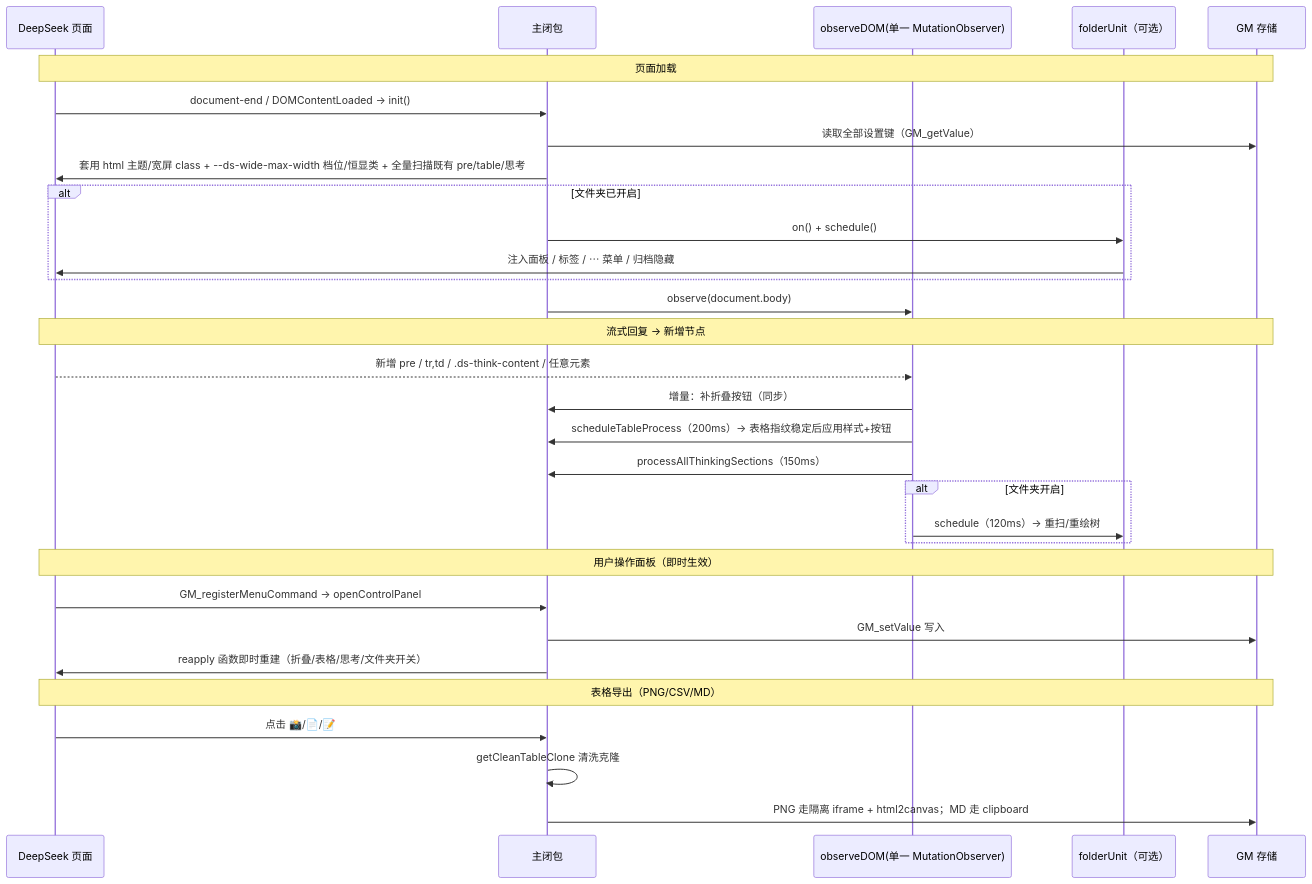
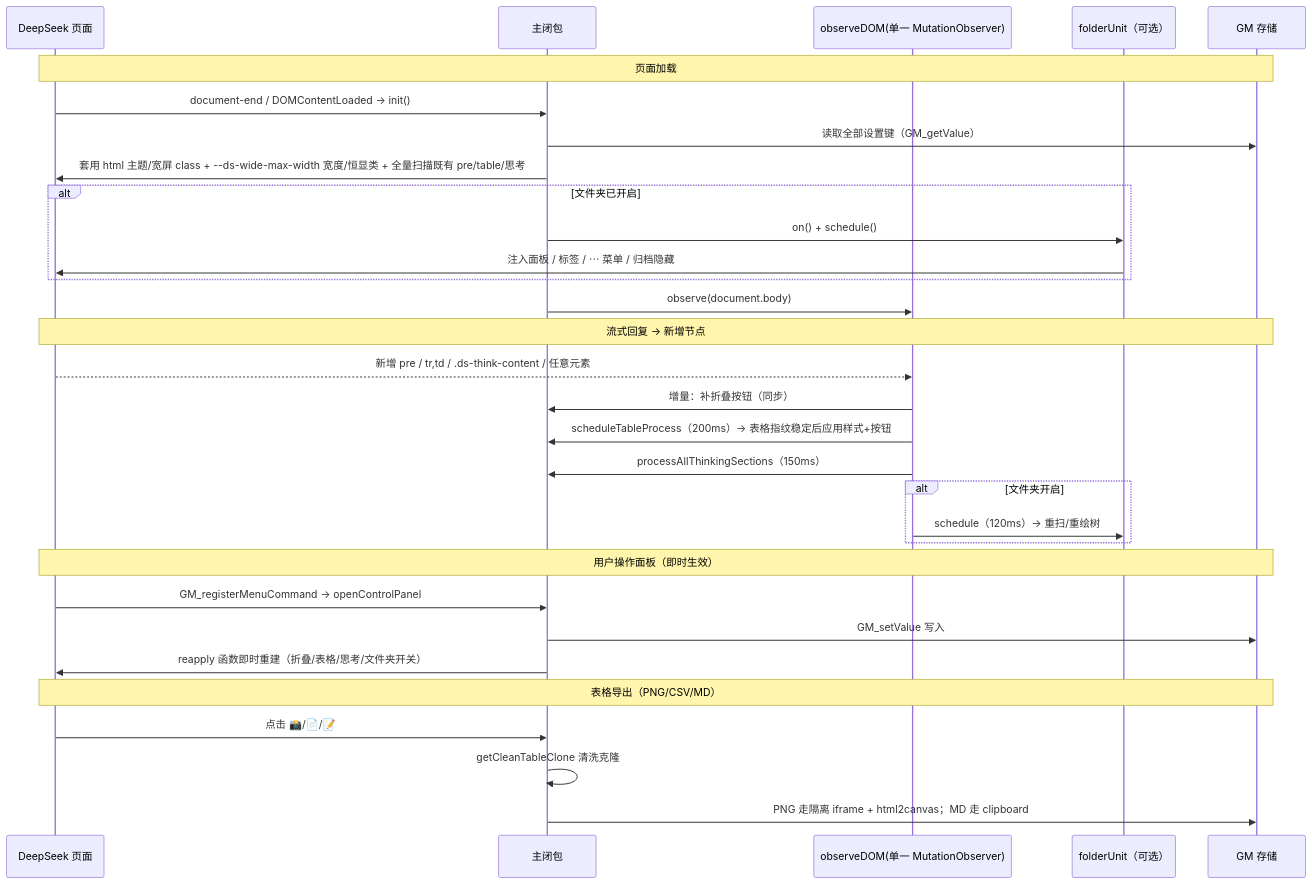
One commit to Chuc-Jie/deepseektool changed the second of 4 diagrams in MAP.md. Above: the diagram before and after it, drawn with Mermaid. The commit also changed other lines of this file and 3 other files, not shown here.

````diff
--- a/MAP.md
+++ b/MAP.md
@@ -412,37 +421,37 @@
 ```mermaid
 sequenceDiagram
     participant P as DeepSeek 页面
     participant M as 主闭包
     participant O as observeDOM(单一 MutationObserver)
     participant F as folderUnit（可选）
     participant G as GM 存储
 
     Note over P,G: 页面加载
     P->>M: document-end / DOMContentLoaded → init()
     M->>G: 读取全部设置键（GM_getValue）
-    M->>P: 套用 html 主题/宽屏 class + --ds-wide-max-width 档位/恒显类 + 全量扫描既有 pre/table/思考
+    M->>P: 套用 html 主题/宽屏 class + --ds-wide-max-width 宽度/恒显类 + 全量扫描既有 pre/table/思考
     alt 文件夹已开启
         M->>F: on() + schedule()
         F->>P: 注入面板 / 标签 / ⋯ 菜单 / 归档隐藏
     end
     M->>O: observe(document.body)
 
     Note over P,G: 流式回复 → 新增节点
     P-->>O: 新增 pre / tr,td / .ds-think-content / 任意元素
     O->>M: 增量：补折叠按钮（同步）
     O->>M: scheduleTableProcess（200ms）→ 表格指纹稳定后应用样式+按钮
     O->>M: processAllThinkingSections（150ms）
     alt 文件夹开启
         O->>F: schedule（120ms）→ 重扫/重绘树
     end
 
     Note over P,G: 用户操作面板（即时生效）
     P->>M: GM_registerMenuCommand → openControlPanel
     M->>G: GM_setValue 写入
     M->>P: reapply 函数即时重建（折叠/表格/思考/文件夹开关）
 
     Note over P,G: 表格导出（PNG/CSV/MD）
     P->>M: 点击 📸/📄/📝
     M->>M: getCleanTableClone 清洗克隆
     M->>G: PNG 走隔离 iframe + html2canvas；MD 走 clipboard
 ```
````
